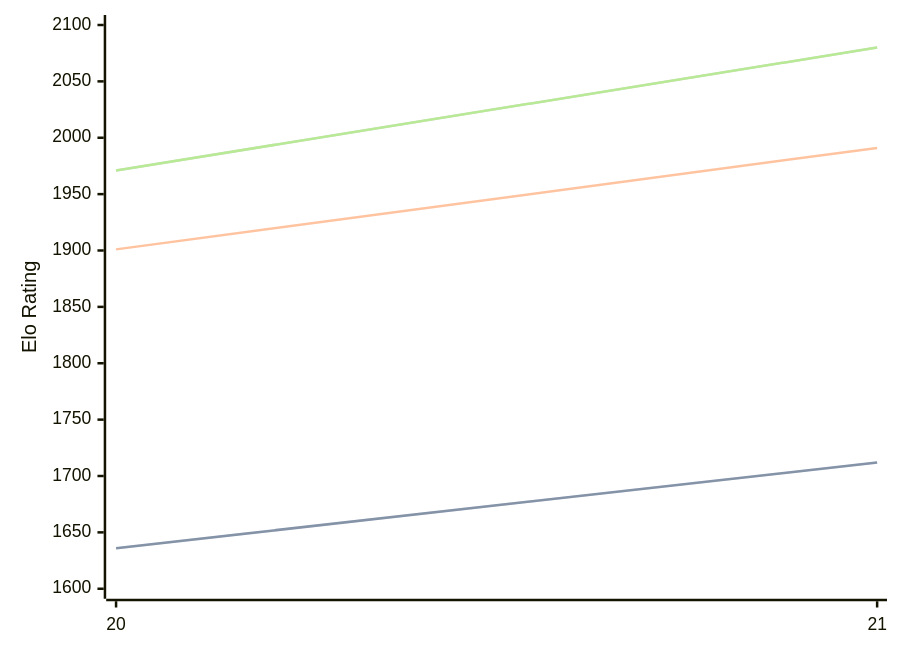
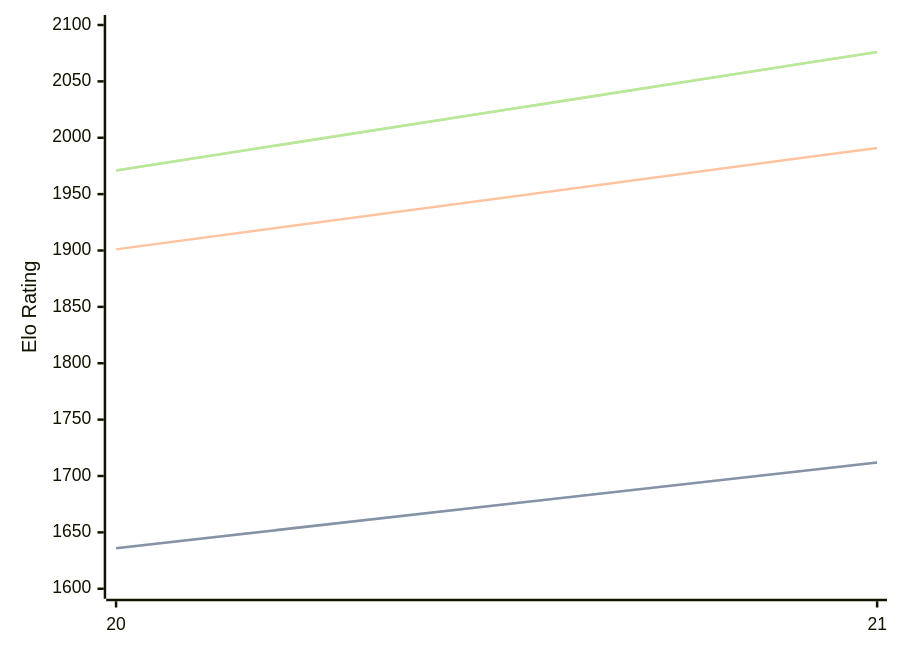
The diagram in engines/PurplePanda.md (computer-chess-index/cci), drawn with Mermaid before and after one commit. The commit also changed other lines of this file, not shown here.

Commit message:
Update CCI Ratings (ELO VLTC) - 2026-08-05

````diff
--- a/engines/PurplePanda.md
+++ b/engines/PurplePanda.md
@@ -40,11 +40,11 @@
 ```mermaid
 %%{init: {"theme":"base","themeVariables":{"seriesColors:['#a3a3a3','#222221','#faa371']}}}%%
 xychart-beta
   x-axis ["20", "21"]
   y-axis "Elo Rating" 1600 --> 2100
   line "STC (8.0+0.08s)" [1636, 1712]
   line "STC (8.0+0.08s)" [1636, 1712]
   line "LTC (60.0+0.60s)" [1901, 1991]
-  line "VLTC (2m24s+1.12s)" [1971, 2080]
-  line "VLTC (2m24s+1.12s)" [1971, 2080]
+  line "VLTC (2m24s+1.12s)" [1971, 2076]
+  line "VLTC (2m24s+1.12s)" [1971, 2076]
 ```
````
